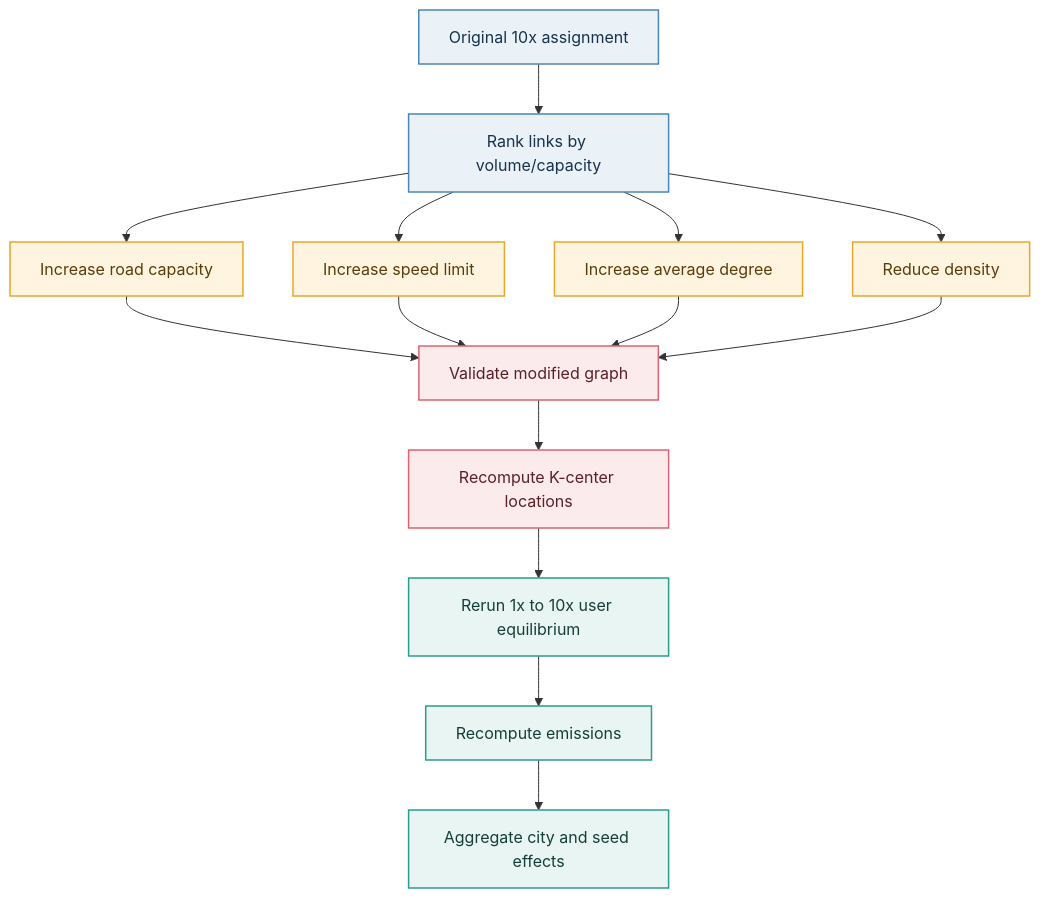
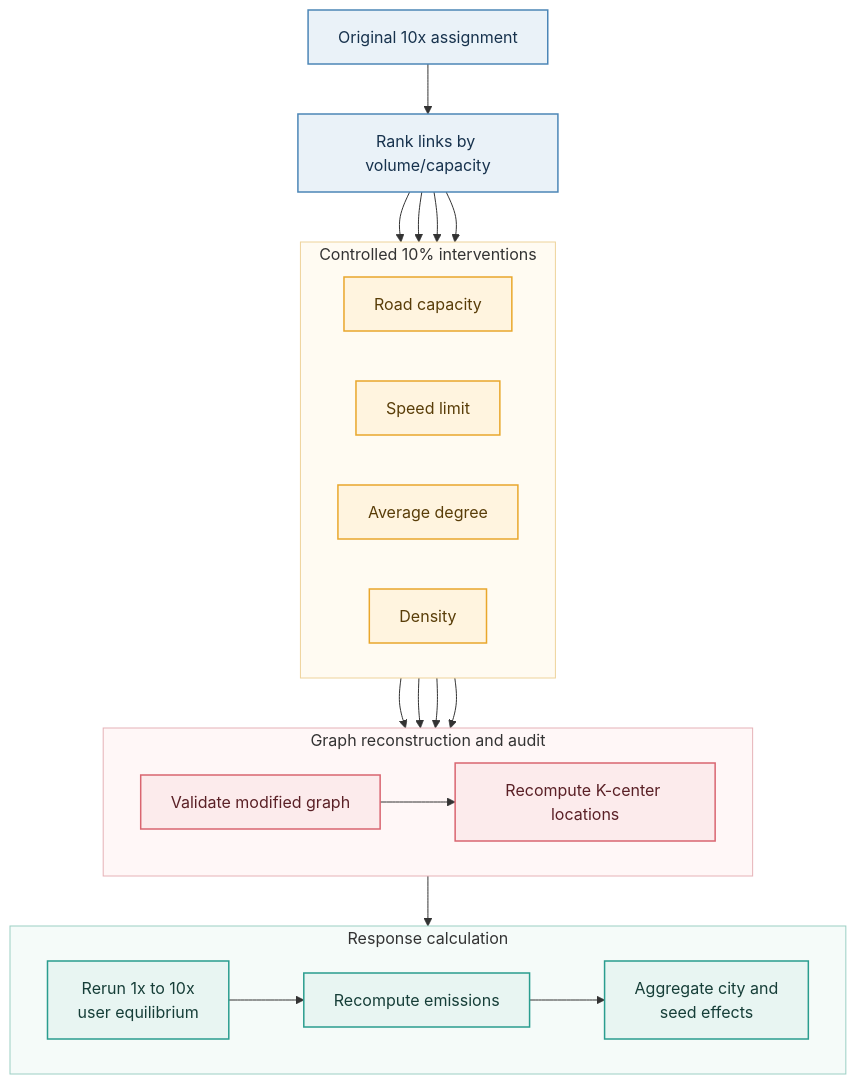
Before and after one commit to WaNgzh1rUi0413/road-network-decarbonization: the third of 3 diagrams in README.md, drawn with Mermaid. The commit also changed other lines of this file, not shown here.

Commit message:
Improve README figure and workflow layouts

````diff
--- a/README.md
+++ b/README.md
@@ -298,25 +328,47 @@
 ```mermaid
-flowchart TD
+flowchart TB
     B["Original 10x assignment"] --> Q["Rank links by volume/capacity"]
-    Q --> C["Increase road capacity"]
-    Q --> S["Increase speed limit"]
-    Q --> D["Increase average degree"]
-    Q --> R["Reduce density"]
-    C --> V["Validate modified graph"]
+
+    subgraph OPTIONS[Controlled 10% interventions]
+        direction LR
+        C["Road capacity"]
+        S["Speed limit"]
+        D["Average degree"]
+        R["Density"]
+    end
+
+    subgraph AUDIT[Graph reconstruction and audit]
+        direction LR
+        V["Validate modified graph"]
+        K["Recompute K-center locations"]
+    end
+
+    subgraph RESPONSE[Response calculation]
+        direction LR
+        U["Rerun 1x to 10x<br/>user equilibrium"]
+        E["Recompute emissions"]
+        G["Aggregate city and<br/>seed effects"]
+    end
+
+    Q --> C
+    Q --> S
+    Q --> D
+    Q --> R
+    C --> V
     S --> V
     D --> V
     R --> V
-    V --> K["Recompute K-center locations"]
-    K --> U["Rerun 1x to 10x user equilibrium"]
-    U --> E["Recompute emissions"]
-    E --> G["Aggregate city and seed effects"]
+    V --> K --> U --> E --> G
 
     classDef baseline fill:#EAF2F8,stroke:#4C86B7,color:#17324D,stroke-width:1.5px;
     classDef choice fill:#FFF4DF,stroke:#E9A72C,color:#593D08,stroke-width:1.5px;
     classDef modify fill:#FCEBEC,stroke:#D96570,color:#5A2026,stroke-width:1.5px;
     classDef rerun fill:#E8F5F2,stroke:#2A9D8F,color:#163E38,stroke-width:1.5px;
     class B,Q baseline;
     class C,S,D,R choice;
     class V,K modify;
     class U,E,G rerun;
+    style OPTIONS fill:#FFFBF2,stroke:#EED39B,stroke-width:1px
+    style AUDIT fill:#FFF7F7,stroke:#E6B2B7,stroke-width:1px
+    style RESPONSE fill:#F5FBF9,stroke:#9CCFC4,stroke-width:1px
 ```
````
